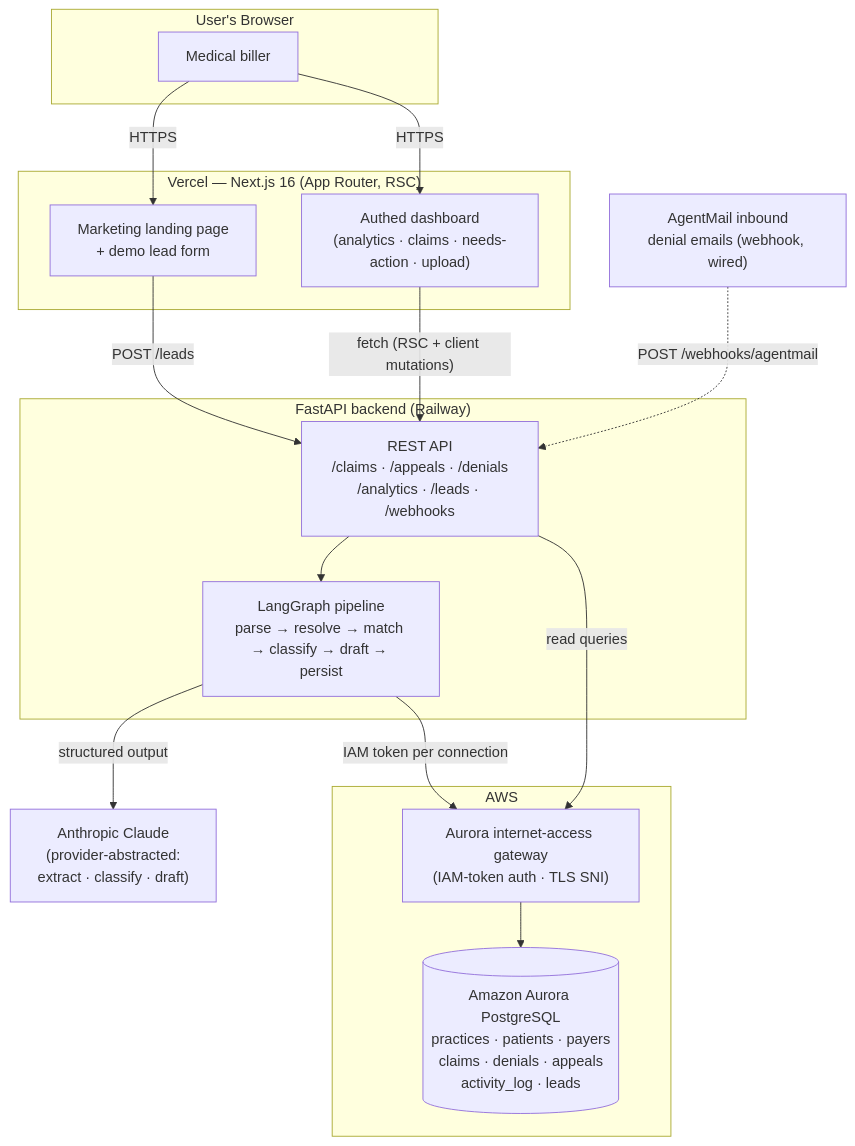
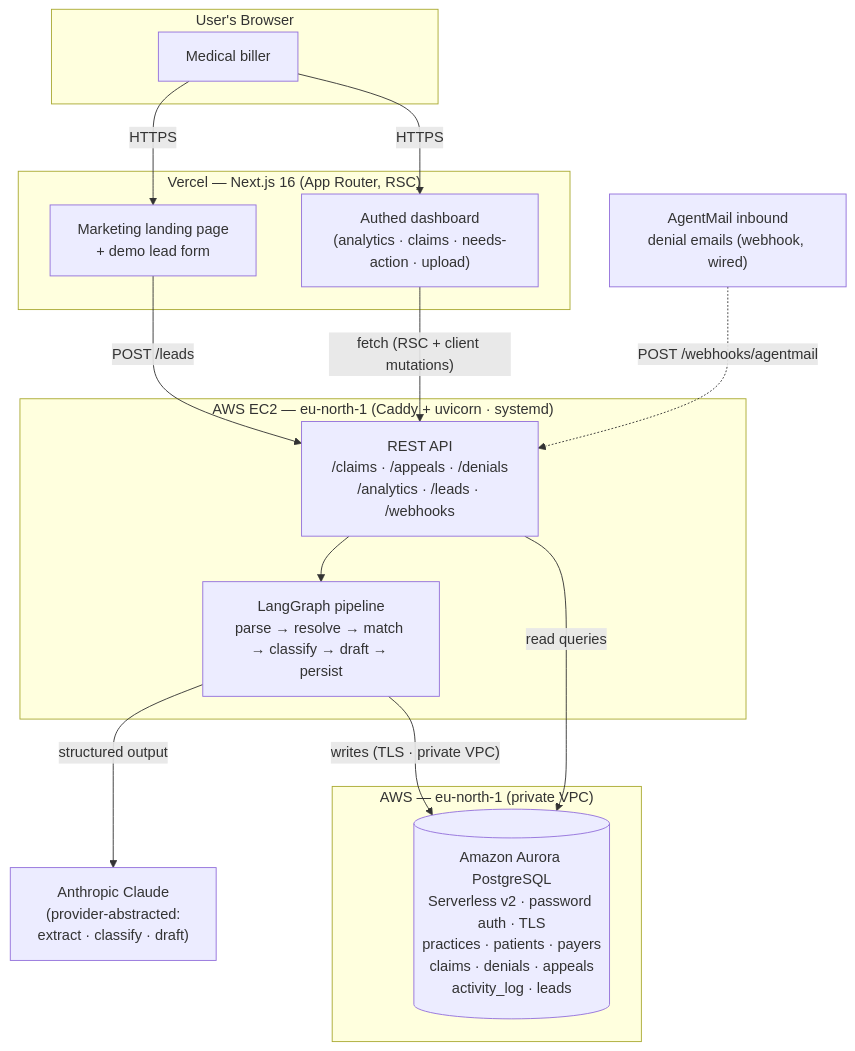
One commit to Otitodev/claimguard changed the diagram in SUBMISSION.md. Above: the diagram before and after it, drawn with Mermaid. The commit also changed other lines of this file and 7 other files, not shown here.

First line of the commit message:
docs: sync deployment docs to live AWS EC2 + Aurora Serverless v2

````diff
--- a/SUBMISSION.md
+++ b/SUBMISSION.md
@@ -54,35 +61,33 @@
 ```mermaid
 flowchart TD
     subgraph Browser["User's Browser"]
         U["Medical biller"]
     end
 
     subgraph Vercel["Vercel — Next.js 16 (App Router, RSC)"]
         MKTG["Marketing landing page<br/>+ demo lead form"]
         DASH["Authed dashboard<br/>(analytics · claims · needs-action · upload)"]
     end
 
-    subgraph Backend["FastAPI backend (Railway)"]
+    subgraph EC2["AWS EC2 — eu-north-1 (Caddy + uvicorn · systemd)"]
         API["REST API<br/>/claims · /appeals · /denials<br/>/analytics · /leads · /webhooks"]
         PIPE["LangGraph pipeline<br/>parse → resolve → match → classify → draft → persist"]
     end
 
-    subgraph AWS["AWS"]
-        GW["Aurora internet-access gateway<br/>(IAM-token auth · TLS SNI)"]
-        AUR[("Amazon Aurora PostgreSQL<br/>practices · patients · payers<br/>claims · denials · appeals<br/>activity_log · leads")]
+    subgraph AWSDB["AWS — eu-north-1 (private VPC)"]
+        AUR[("Amazon Aurora PostgreSQL<br/>Serverless v2 · password auth · TLS<br/>practices · patients · payers<br/>claims · denials · appeals<br/>activity_log · leads")]
     end
 
     LLM["Anthropic Claude<br/>(provider-abstracted:<br/>extract · classify · draft)"]
     MAIL["AgentMail inbound<br/>denial emails (webhook, wired)"]
 
     U -->|HTTPS| MKTG
     U -->|HTTPS| DASH
     MKTG -->|"POST /leads"| API
     DASH -->|"fetch (RSC + client mutations)"| API
     MAIL -. "POST /webhooks/agentmail" .-> API
     API --> PIPE
     PIPE -->|"structured output"| LLM
-    PIPE -->|"IAM token per connection"| GW
-    API -->|"read queries"| GW
-    GW --> AUR
+    PIPE -->|"writes (TLS · private VPC)"| AUR
+    API -->|"read queries"| AUR
 ```
````
